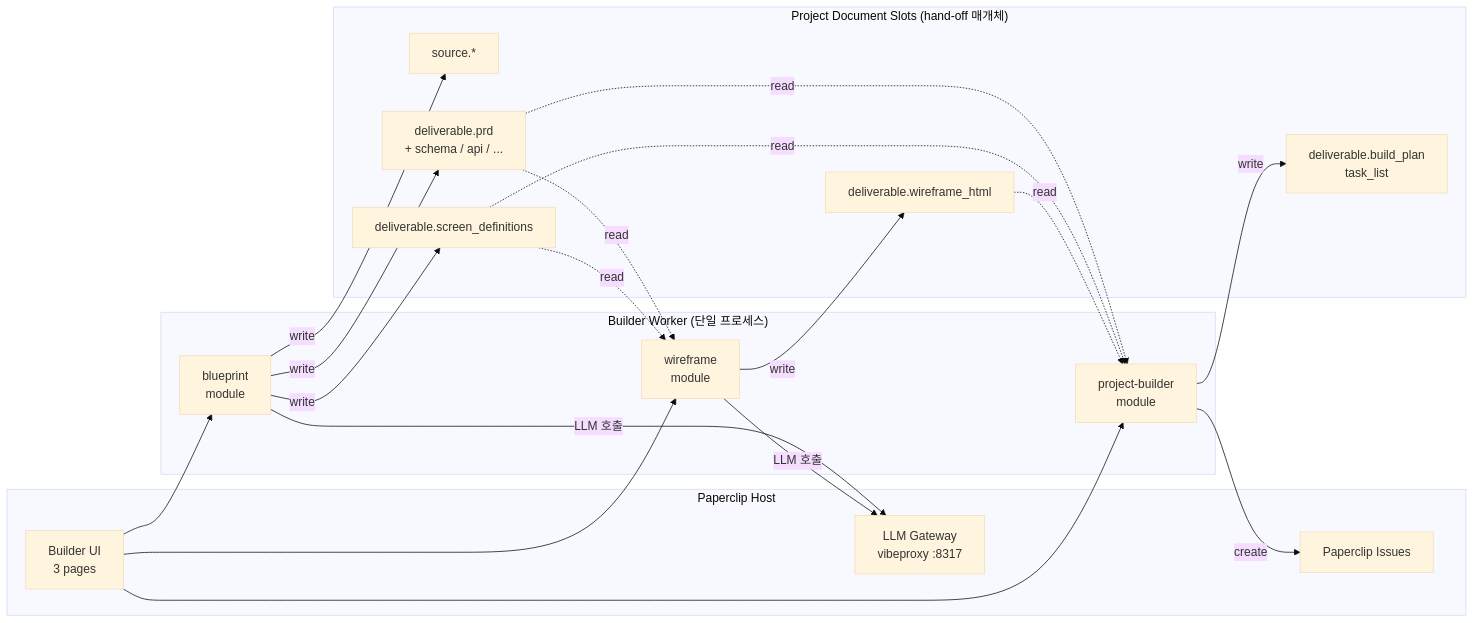
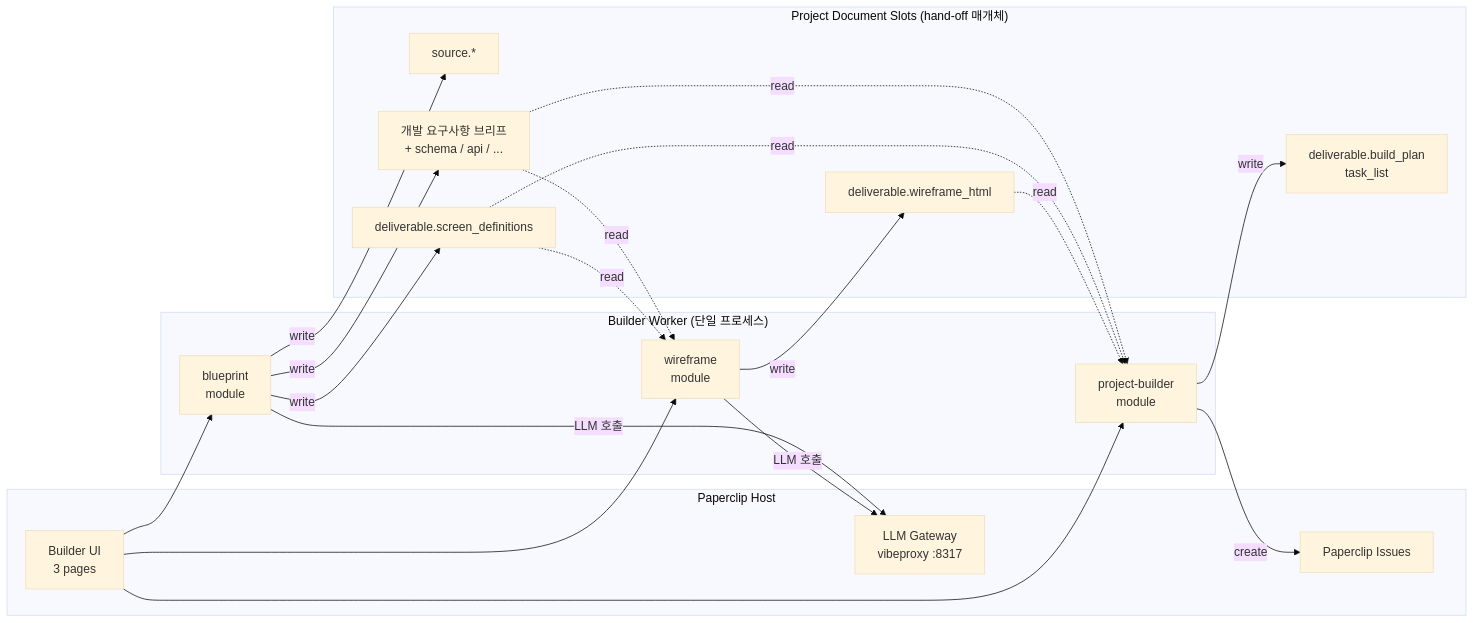
One commit to BBrightcode-atlas/company-os-v2 changed the first of 8 diagrams in bbr-plugins/builder/README.md. Above: the diagram before and after it, drawn with Mermaid (base theme). The commit also changed other lines of this file and 9 other files, not shown here.

````diff
--- a/bbr-plugins/builder/README.md
+++ b/bbr-plugins/builder/README.md
@@ -31,36 +31,36 @@
 ```mermaid
 flowchart LR
   subgraph host["Paperclip Host"]
     ui["Builder UI<br/>3 pages"]
     issues["Paperclip Issues"]
     llm["LLM Gateway<br/>vibeproxy :8317"]
   end
 
   subgraph worker["Builder Worker (단일 프로세스)"]
     bp["blueprint<br/>module"]
     wf["wireframe<br/>module"]
     pb["project-builder<br/>module"]
   end
 
   subgraph slots["Project Document Slots (hand-off 매개체)"]
     s_src["source.*"]
-    s_plan["deliverable.prd<br/>+ schema / api / ..."]
+    s_plan["개발 요구사항 브리프<br/>+ schema / api / ..."]
     s_scr["deliverable.screen_definitions"]
     s_wf["deliverable.wireframe_html"]
     s_build["deliverable.build_plan<br/>task_list"]
   end
 
   ui --> bp & wf & pb
   bp -->|LLM 호출| llm
   wf -->|LLM 호출| llm
 
   bp -->|write| s_src & s_plan & s_scr
   s_plan -. read .-> wf
   s_scr -. read .-> wf
   wf -->|write| s_wf
   s_plan -. read .-> pb
   s_scr -. read .-> pb
   s_wf -. read .-> pb
   pb -->|write| s_build
   pb -->|create| issues
 ```
````
